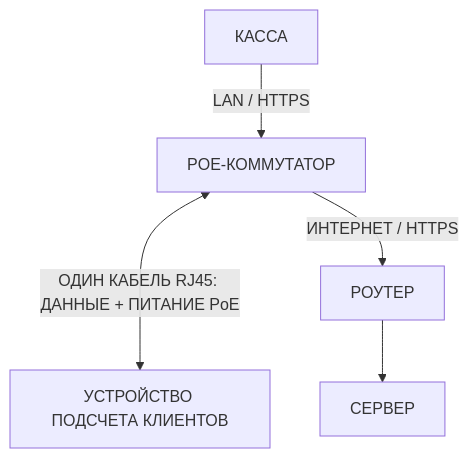
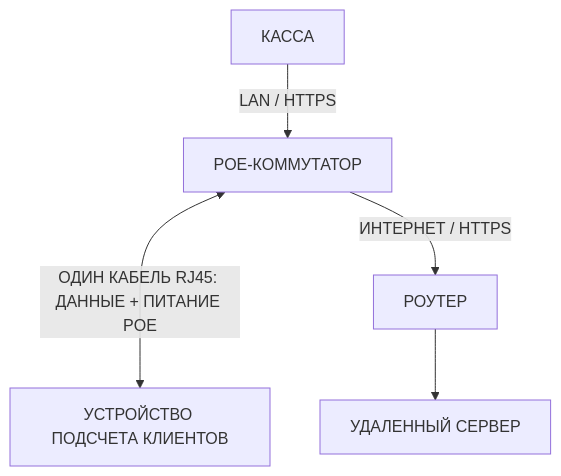
Before and after one commit to kopanevr/ProjectX: the second of 2 diagrams in README.md, drawn with Mermaid. The commit also changed other lines of this file, not shown here.

````diff
--- a/README.md
+++ b/README.md
@@ -81,7 +81,7 @@
 ```mermaid
 graph TD
     K[КАССА]-->|LAN / HTTPS|S[POE-КОММУТАТОР]
-    S<--->|ОДИН КАБЕЛЬ RJ45: ДАННЫЕ + ПИТАНИЕ PoE|D[УСТРОЙСТВО ПОДСЧЕТА КЛИЕНТОВ]
-    S-->|ИНТЕРНЕТ / HTTPS| R[РОУТЕР]
-    R-->SRV[СЕРВЕР]
+    S<--->|ОДИН КАБЕЛЬ RJ45: ДАННЫЕ + ПИТАНИЕ POE|D[УСТРОЙСТВО ПОДСЧЕТА КЛИЕНТОВ]
+    S-->|ИНТЕРНЕТ / HTTPS|R[РОУТЕР]
+    R-->RSRV[УДАЛЕННЫЙ СЕРВЕР]
 ```
````
